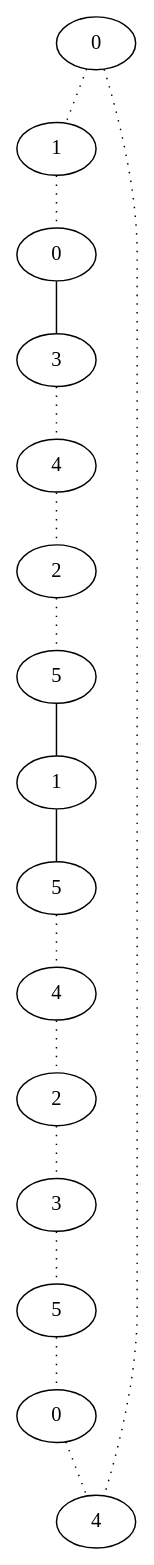
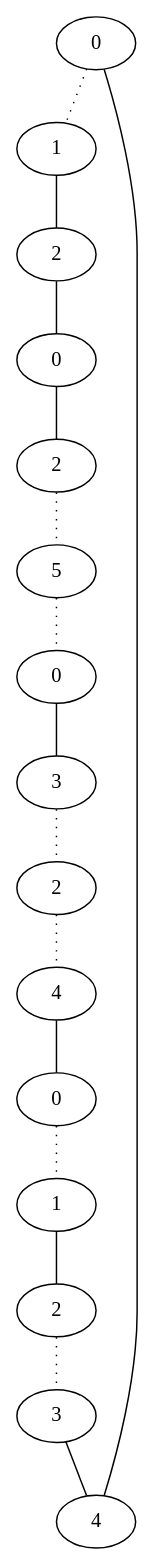
One commit to d1laj/Stage-M2 changed the diagram in TestPathsfactorised/result/dot/cycle_15_6_tc.dot. Above: the diagram before and after it, drawn with Graphviz. The commit also changed 4248 other files, not shown here.

```diff
--- a/TestPathsfactorised/result/dot/cycle_15_6_tc.dot
+++ b/TestPathsfactorised/result/dot/cycle_15_6_tc.dot
@@ -1,32 +1,32 @@
 graph {
 a0[label=0];
 a1[label=1];
-a2[label=0];
-a3[label=3];
-a4[label=4];
-a5[label=2];
-a6[label=5];
-a7[label=1];
-a8[label=5];
+a2[label=2];
+a3[label=0];
+a4[label=2];
+a5[label=5];
+a6[label=0];
+a7[label=3];
+a8[label=2];
 a9[label=4];
-a10[label=2];
-a11[label=3];
-a12[label=5];
-a13[label=0];
+a10[label=0];
+a11[label=1];
+a12[label=2];
+a13[label=3];
 a14[label=4];
 a0 -- a1 [style=dotted];
-a0 -- a14 [style=dotted];
-a1 -- a2 [style=dotted];
+a0 -- a14;
+a1 -- a2;
 a2 -- a3;
-a3 -- a4 [style=dotted];
+a3 -- a4;
 a4 -- a5 [style=dotted];
 a5 -- a6 [style=dotted];
 a6 -- a7;
-a7 -- a8;
+a7 -- a8 [style=dotted];
 a8 -- a9 [style=dotted];
-a9 -- a10 [style=dotted];
+a9 -- a10;
 a10 -- a11 [style=dotted];
-a11 -- a12 [style=dotted];
+a11 -- a12;
 a12 -- a13 [style=dotted];
-a13 -- a14 [style=dotted];
+a13 -- a14;
 }
```
